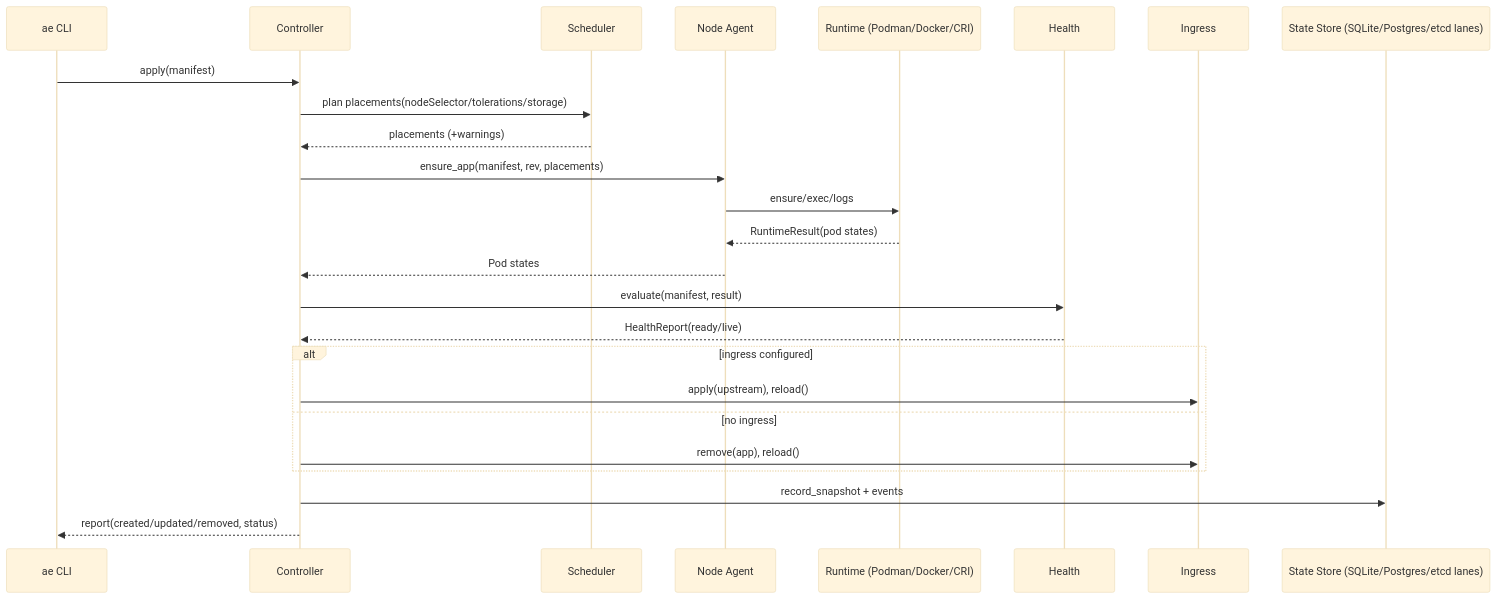
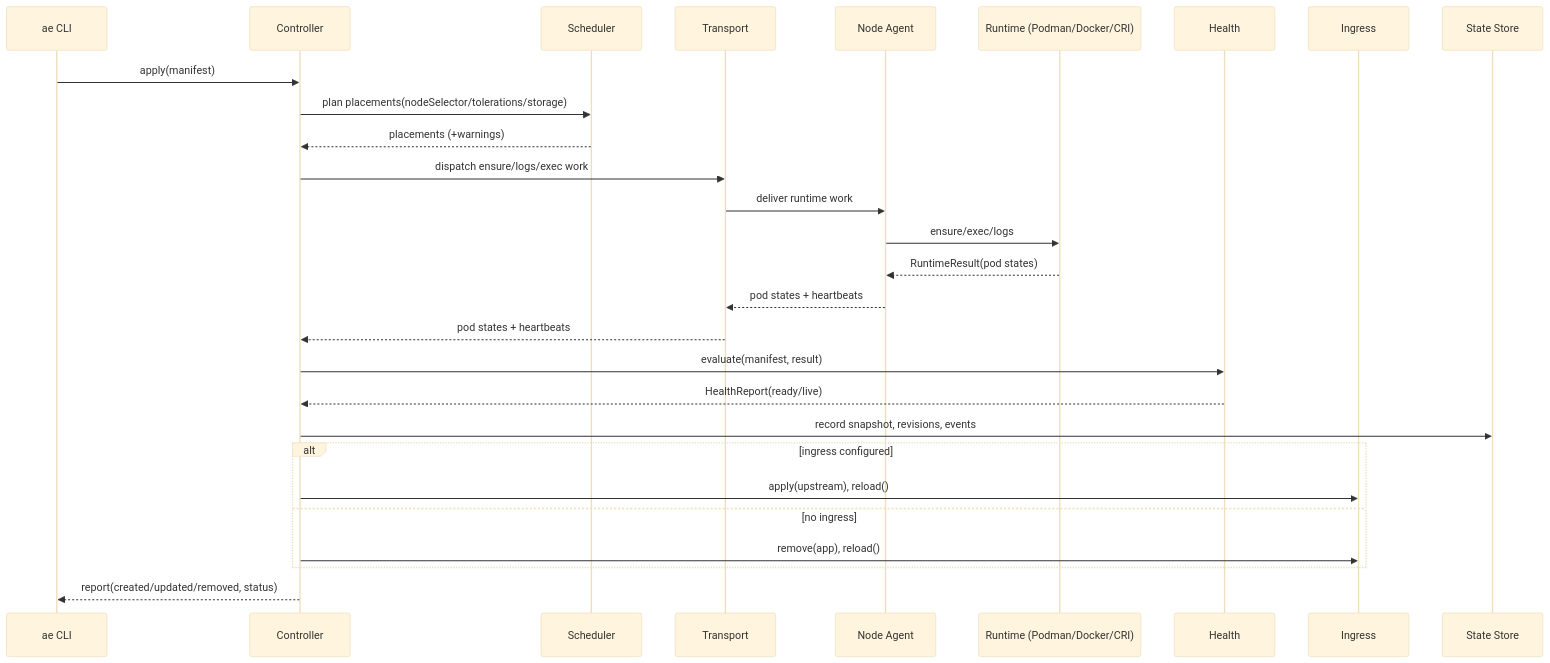
Before and after one commit to the-cm-collective/k1s: the diagram in docs/reference/architecture.md, drawn with Mermaid (base theme). The commit also changed other lines of this file and 77 other files, not shown here.

````diff
--- a/docs/reference/architecture.md
+++ b/docs/reference/architecture.md
@@ -80,28 +80,31 @@
 ```mermaid
 sequenceDiagram
   participant CLI as ae CLI
   participant C as Controller
   participant SCH as Scheduler
+  participant T as Transport
   participant A as Node Agent
   participant R as Runtime (Podman/Docker/CRI)
   participant H as Health
   participant I as Ingress
-  participant S as State Store (SQLite/Postgres/etcd lanes)
+  participant S as State Store
 
   CLI->>C: apply(manifest)
   C->>SCH: plan placements(nodeSelector/tolerations/storage)
   SCH-->>C: placements (+warnings)
-  C->>A: ensure_app(manifest, rev, placements)
+  C->>T: dispatch ensure/logs/exec work
+  T->>A: deliver runtime work
   A->>R: ensure/exec/logs
   R-->>A: RuntimeResult(pod states)
-  A-->>C: Pod states
+  A-->>T: pod states + heartbeats
+  T-->>C: pod states + heartbeats
   C->>H: evaluate(manifest, result)
   H-->>C: HealthReport(ready/live)
+  C->>S: record snapshot, revisions, events
   alt ingress configured
     C->>I: apply(upstream), reload()
   else no ingress
     C->>I: remove(app), reload()
   end
-  C->>S: record_snapshot + events
   C-->>CLI: report(created/updated/removed, status)
 ```
````
